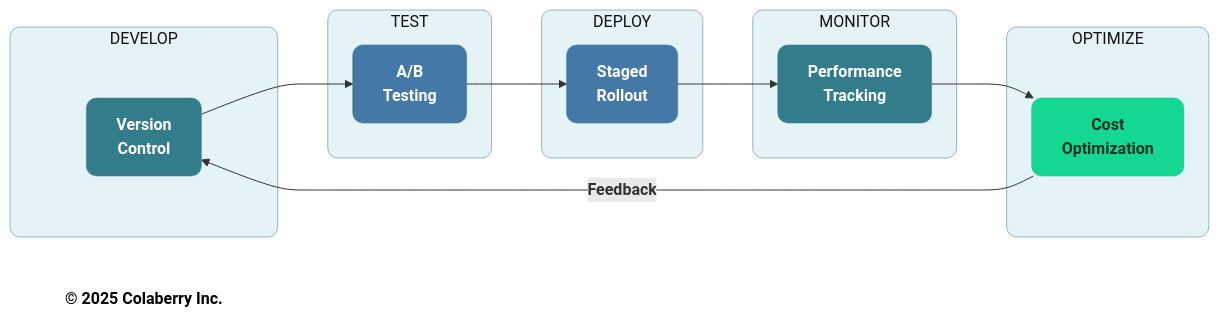
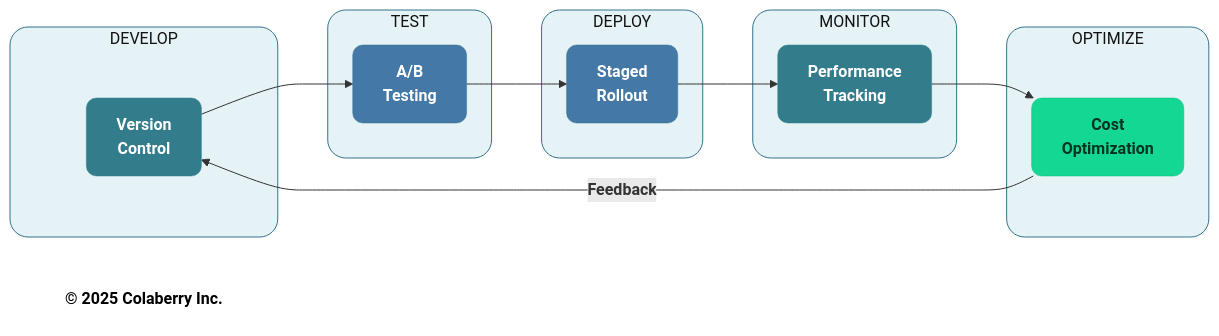
One commit to saitejesh-cyber/trust-before-intelligence-book changed the third of 6 diagrams in manuscript/13_chapter_12_running_agents_at_scale_v1_2.md. Above: the diagram before and after it, drawn with Mermaid. The commit also changed other lines of this file and 12 other files, not shown here.

````diff
--- a/manuscript/13_chapter_12_running_agents_at_scale_v1_2.md
+++ b/manuscript/13_chapter_12_running_agents_at_scale_v1_2.md
@@ -311,39 +311,39 @@
 ```mermaid
 graph LR
     subgraph DEVELOP["DEVELOP"]
         D1["<b>Version<br/>Control</b>"]
     end
     
     subgraph TEST["TEST"]
         T1["<b>A/B<br/>Testing</b>"]
     end
     
     subgraph DEPLOY["DEPLOY"]
         P1["<b>Staged<br/>Rollout</b>"]
     end
     
     subgraph MONITOR["MONITOR"]
         M1["<b>Performance<br/>Tracking</b>"]
     end
     
     subgraph OPTIMIZE["OPTIMIZE"]
         O1["<b>Cost<br/>Optimization</b>"]
     end
     
     D1 --> T1 --> P1 --> M1 --> O1
     O1 -->|<b>Feedback</b>| D1
     
     Copyright["<b>© 2025 Colaberry Inc.</b>"]
     
-    style DEVELOP fill:#E6F3F6,stroke:#32738C,stroke-width:0.5px,color:#121212,rx:10,ry:10
-    style TEST fill:#E6F3F6,stroke:#32738C,stroke-width:0.5px,color:#121212,rx:10,ry:10
-    style DEPLOY fill:#E6F3F6,stroke:#32738C,stroke-width:0.5px,color:#121212,rx:10,ry:10
-    style MONITOR fill:#E6F3F6,stroke:#32738C,stroke-width:0.5px,color:#121212,rx:10,ry:10
-    style OPTIMIZE fill:#E6F3F6,stroke:#32738C,stroke-width:0.5px,color:#121212,rx:10,ry:10
+    style DEVELOP fill:#E6F3F6,stroke:#32738C,stroke-width:1px,color:#121212,rx:18,ry:18
+    style TEST fill:#E6F3F6,stroke:#32738C,stroke-width:1px,color:#121212,rx:18,ry:18
+    style DEPLOY fill:#E6F3F6,stroke:#32738C,stroke-width:1px,color:#121212,rx:18,ry:18
+    style MONITOR fill:#E6F3F6,stroke:#32738C,stroke-width:1px,color:#121212,rx:18,ry:18
+    style OPTIMIZE fill:#E6F3F6,stroke:#32738C,stroke-width:1px,color:#121212,rx:18,ry:18
     style D1 fill:#327C8C,stroke:#30838C,stroke-width:0.5px,color:#ffffff,rx:10,ry:10
     style T1 fill:#4478A6,stroke:#32738C,stroke-width:0.5px,color:#ffffff,rx:10,ry:10
     style P1 fill:#4478A6,stroke:#32738C,stroke-width:0.5px,color:#ffffff,rx:10,ry:10
     style M1 fill:#327C8C,stroke:#30838C,stroke-width:0.5px,color:#ffffff,rx:10,ry:10
     style O1 fill:#14D793,stroke:#0FB67D,stroke-width:0.5px,color:#003322,rx:10,ry:10
     style Copyright fill:none,stroke:none,color:#000000
 ```
````
